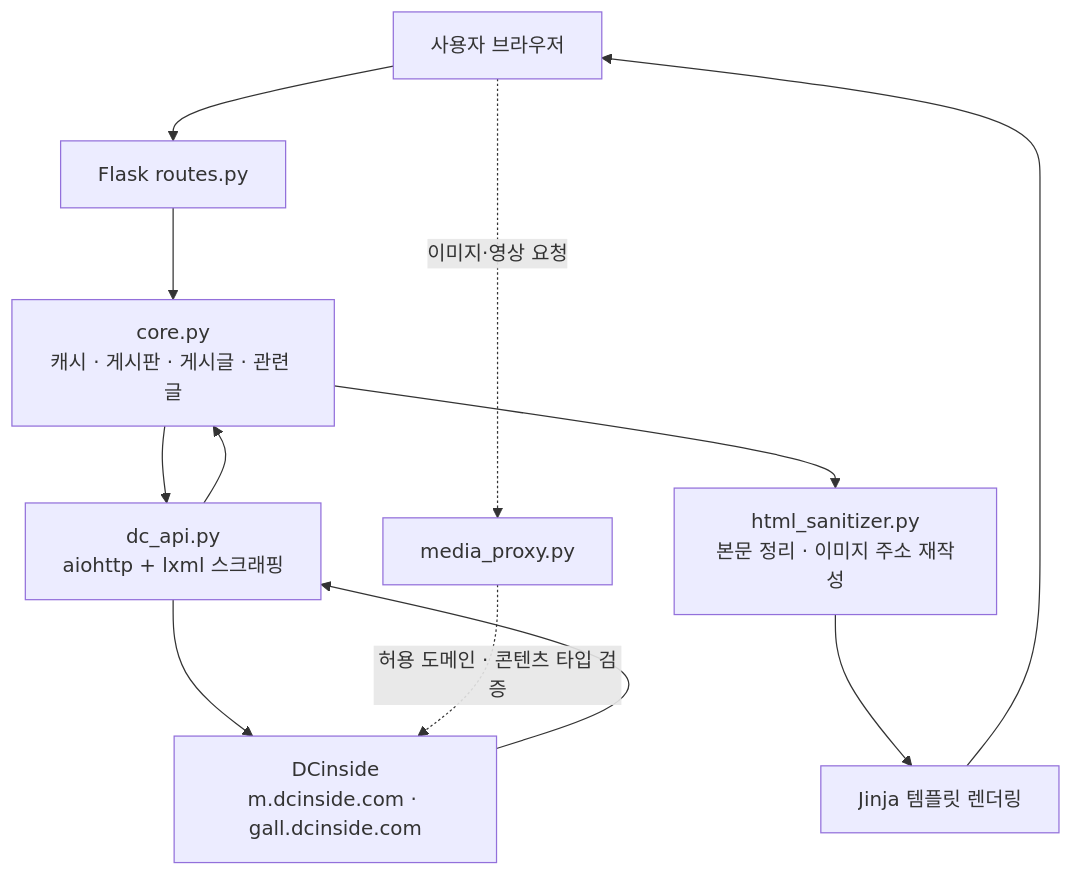
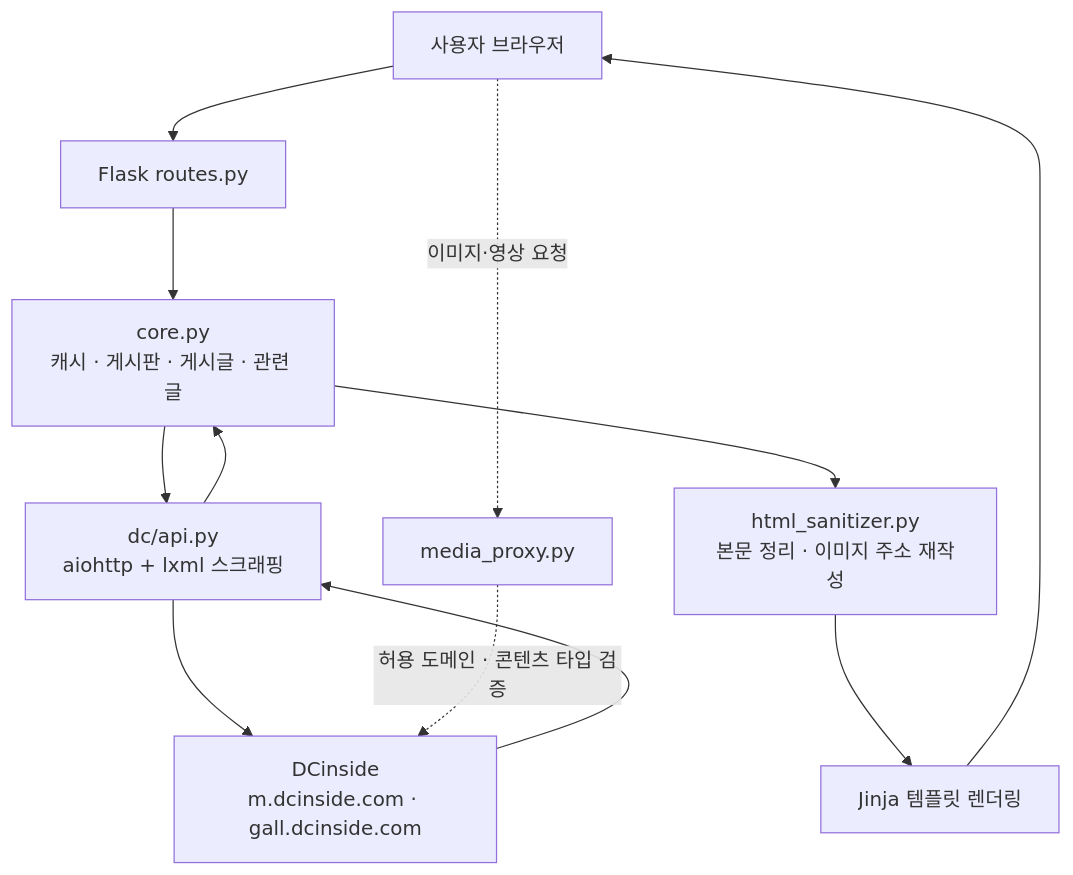
The diagram in README.md (oneulddu/dcinside-web-mirror), drawn with Mermaid before and after one commit. The commit also changed other lines of this file and 17 other files, not shown here.

````diff
--- a/README.md
+++ b/README.md
@@ -144,15 +144,15 @@
 ```mermaid
 flowchart TD
     A["사용자 브라우저"] --> B["Flask routes.py"]
     B --> C["core.py<br/>캐시 · 게시판 · 게시글 · 관련 글"]
-    C --> D["dc_api.py<br/>aiohttp + lxml 스크래핑"]
+    C --> D["dc/api.py<br/>aiohttp + lxml 스크래핑"]
     D --> E["DCinside<br/>m.dcinside.com · gall.dcinside.com"]
     E --> D
     D --> C
     C --> F["html_sanitizer.py<br/>본문 정리 · 이미지 주소 재작성"]
     F --> G["Jinja 템플릿 렌더링"]
     G --> A
 
     A -. 이미지·영상 요청 .-> H["media_proxy.py"]
     H -. 허용 도메인 · 콘텐츠 타입 검증 .-> E
 ```
````
